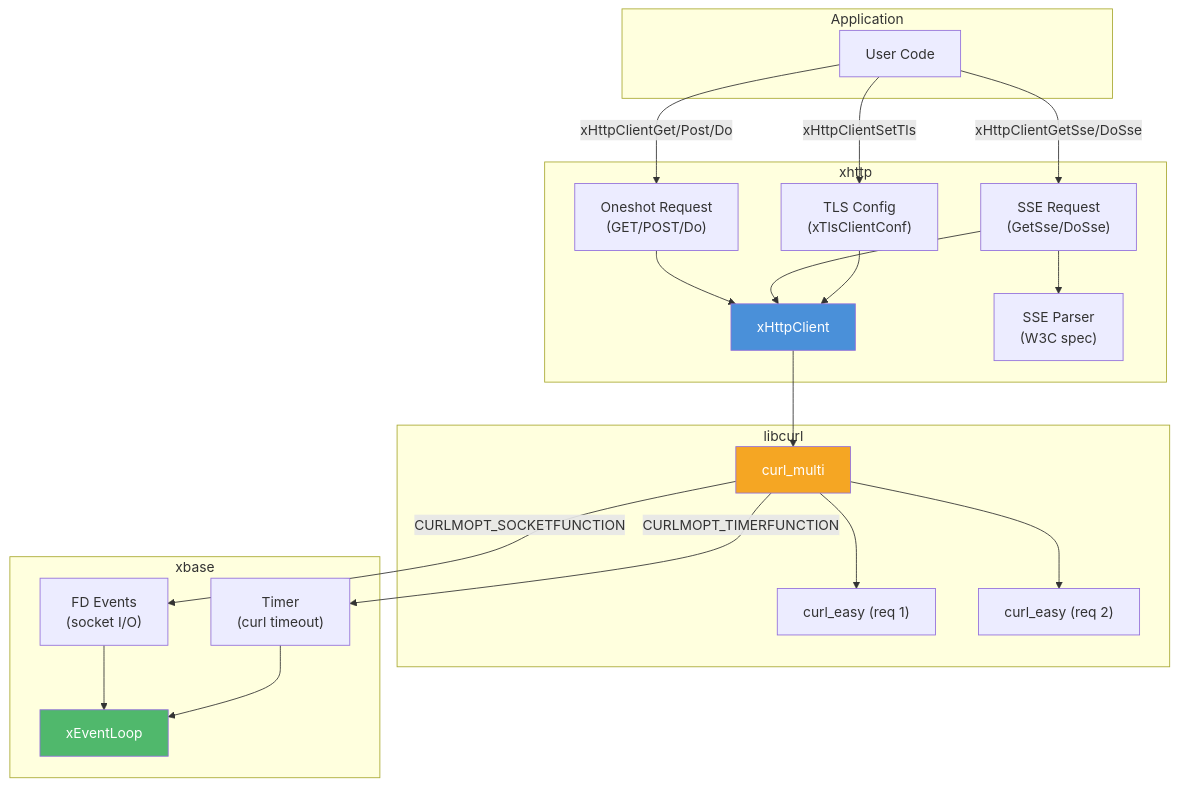
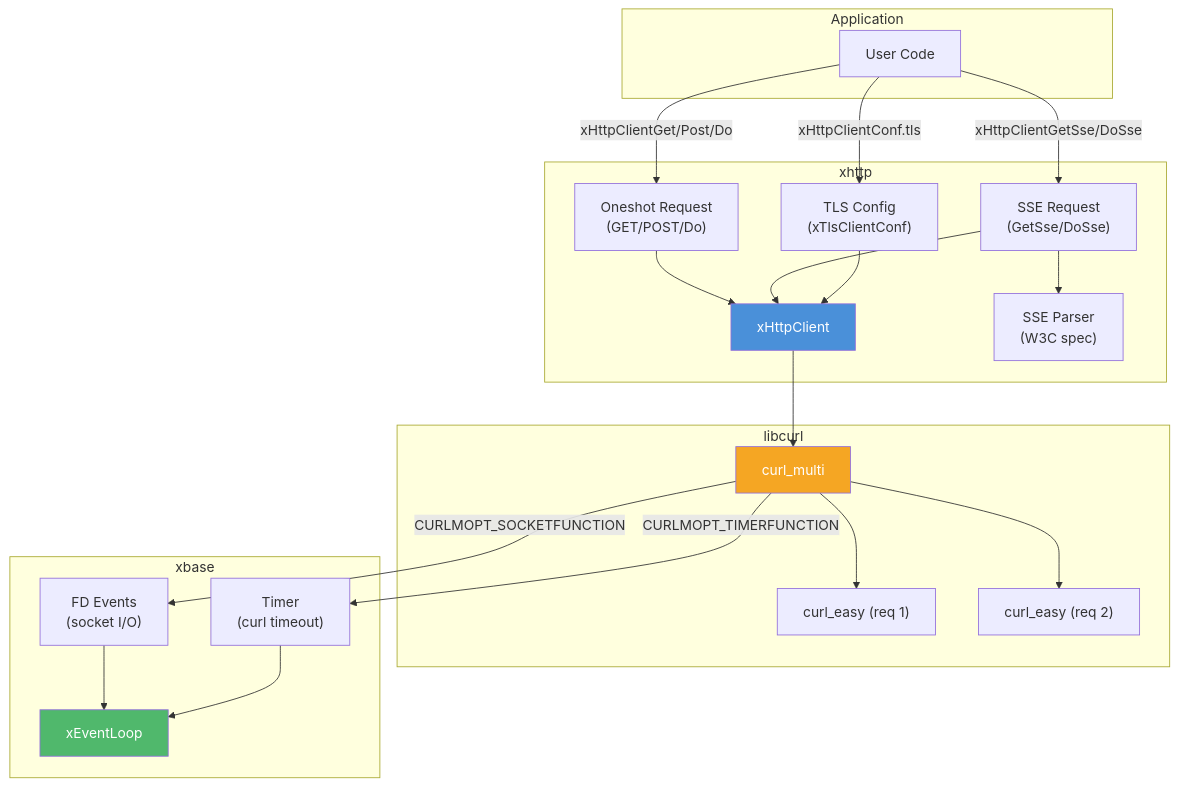
Before and after one commit to mivinci/DownloadKit: the diagram in docs/xhttp/README.md, drawn with Mermaid. The commit also changed other lines of this file and 22 other files, not shown here.

Commit message:
docs: update diary, xWsServe API, xnet docs, TLS/client refactor

````diff
--- a/docs/xhttp/README.md
+++ b/docs/xhttp/README.md
@@ -23,45 +23,45 @@
 ```mermaid
 graph TD
     subgraph "Application"
         APP["User Code"]
     end
 
     subgraph "xhttp"
         CLIENT["xHttpClient"]
         TLS_CLI["TLS Config<br/>(xTlsClientConf)"]
         ONESHOT["Oneshot Request<br/>(GET/POST/Do)"]
         SSE["SSE Request<br/>(GetSse/DoSse)"]
         PARSER["SSE Parser<br/>(W3C spec)"]
     end
 
     subgraph "libcurl"
         MULTI["curl_multi"]
         EASY1["curl_easy (req 1)"]
         EASY2["curl_easy (req 2)"]
     end
 
     subgraph "xbase"
         LOOP["xEventLoop"]
         TIMER["Timer<br/>(curl timeout)"]
         FD["FD Events<br/>(socket I/O)"]
     end
 
     APP -->|"xHttpClientGet/Post/Do"| ONESHOT
     APP -->|"xHttpClientGetSse/DoSse"| SSE
-    APP -->|"xHttpClientSetTls"| TLS_CLI
+    APP -->|"xHttpClientConf.tls"| TLS_CLI
     SSE --> PARSER
     ONESHOT --> CLIENT
     SSE --> CLIENT
     TLS_CLI --> CLIENT
     CLIENT --> MULTI
     MULTI --> EASY1
     MULTI --> EASY2
     MULTI -->|"CURLMOPT_SOCKETFUNCTION"| FD
     MULTI -->|"CURLMOPT_TIMERFUNCTION"| TIMER
     FD --> LOOP
     TIMER --> LOOP
 
     style CLIENT fill:#4a90d9,color:#fff
     style LOOP fill:#50b86c,color:#fff
     style MULTI fill:#f5a623,color:#fff
 ```
````
